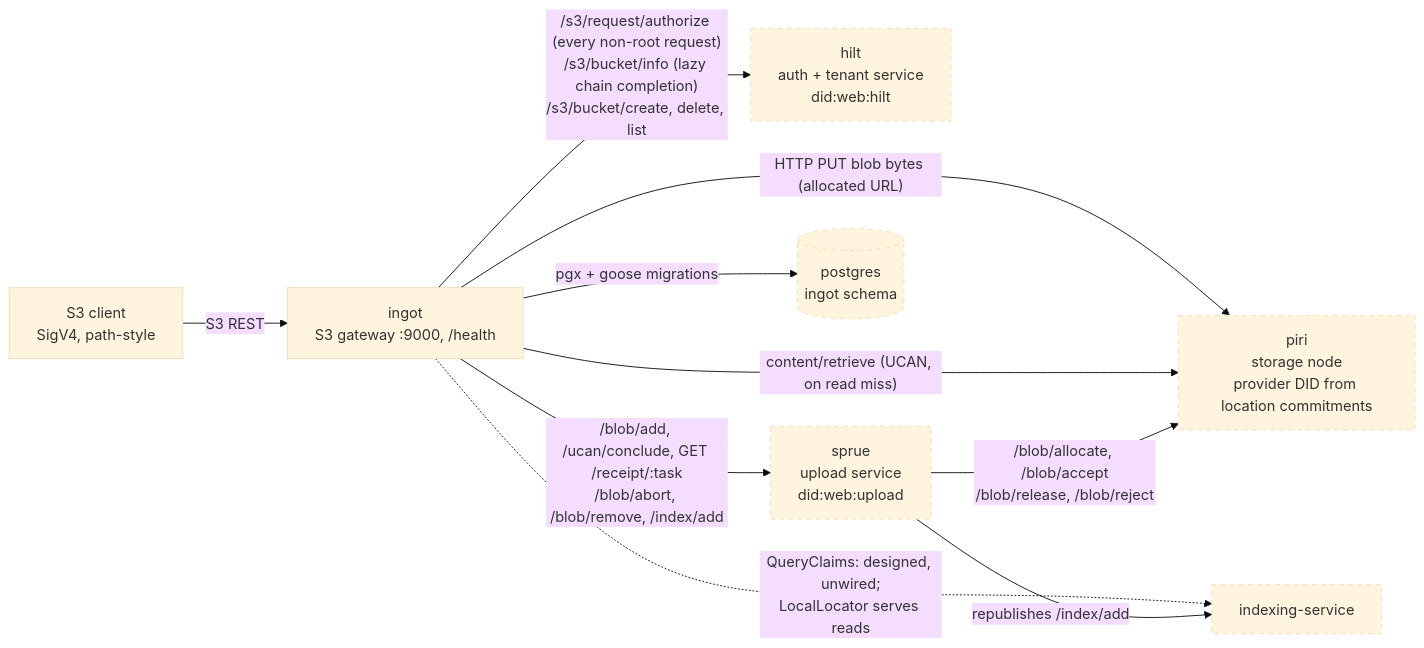
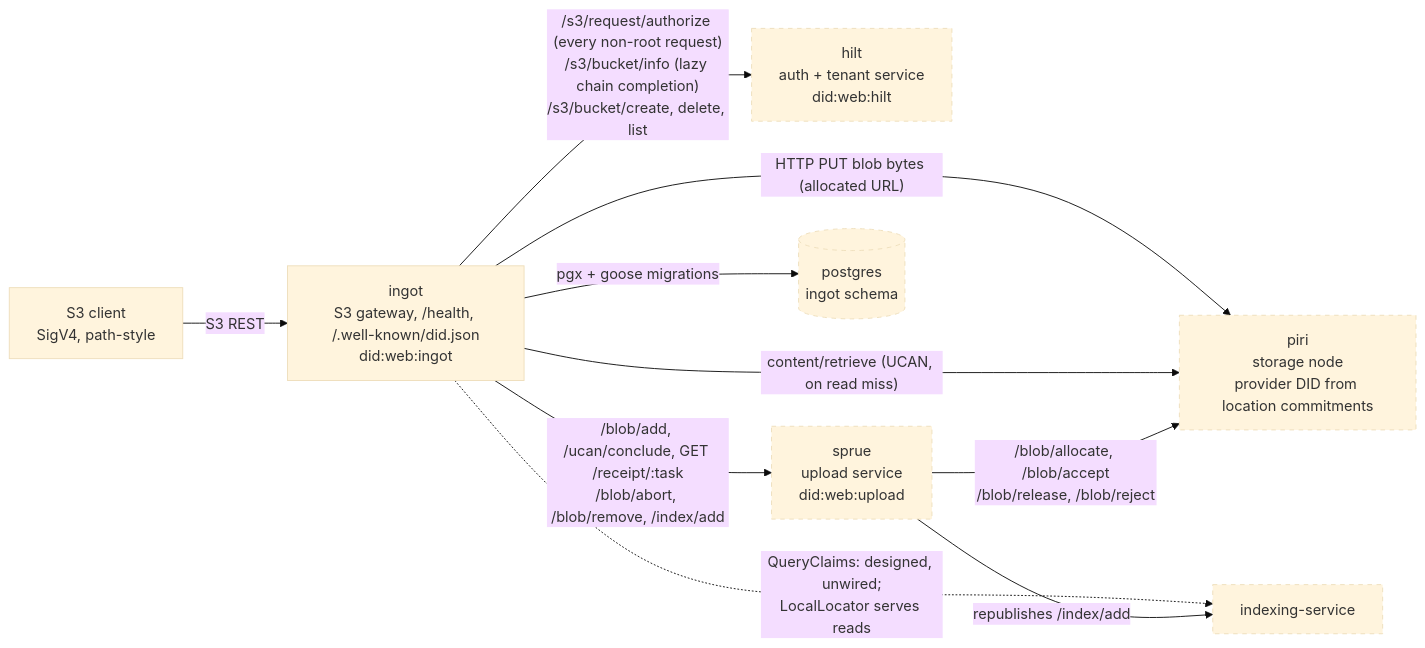
The first of 14 diagrams in docs/diagrams.md (fil-forge/ingot), drawn with Mermaid (base theme) before and after one commit. The commit also changed other lines of this file and 20 other files, not shown here.

Commit message:
feat: allow `did:web` identity (#113)

````diff
--- a/docs/diagrams.md
+++ b/docs/diagrams.md
@@ -43,23 +45,23 @@
 ```mermaid
 flowchart LR
     client["S3 client<br/>SigV4, path-style"]
-    ingot["ingot<br/>S3 gateway :9000, /health"]
+    ingot["ingot<br/>S3 gateway, /health, /.well-known/did.json<br/>did:web:ingot"]
     hilt["hilt<br/>auth + tenant service<br/>did:web:hilt"]
     sprue["sprue<br/>upload service<br/>did:web:upload"]
     piri["piri<br/>storage node<br/>provider DID from location commitments"]
     pg[("postgres<br/>ingot schema")]
     idx["indexing-service"]
 
     client -->|"S3 REST"| ingot
     ingot -->|"/s3/request/authorize (every non-root request)<br/>/s3/bucket/info (lazy chain completion)<br/>/s3/bucket/create, delete, list"| hilt
     ingot -->|"/blob/add, /ucan/conclude, GET /receipt/:task<br/>/blob/abort, /blob/remove, /index/add"| sprue
     ingot -->|"HTTP PUT blob bytes (allocated URL)"| piri
     ingot -->|"content/retrieve (UCAN, on read miss)"| piri
     ingot -->|"pgx + goose migrations"| pg
     ingot -.->|"QueryClaims: designed, unwired;<br/>LocalLocator serves reads"| idx
     sprue -->|"/blob/allocate, /blob/accept<br/>/blob/release, /blob/reject"| piri
     sprue -->|"republishes /index/add"| idx
 
     classDef external stroke-dasharray: 5 5
     class hilt,sprue,piri,pg,idx external
 ```
````
